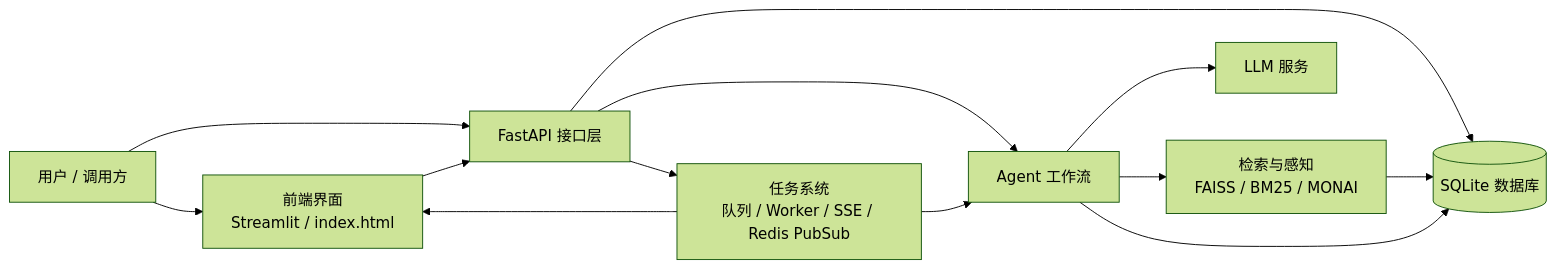
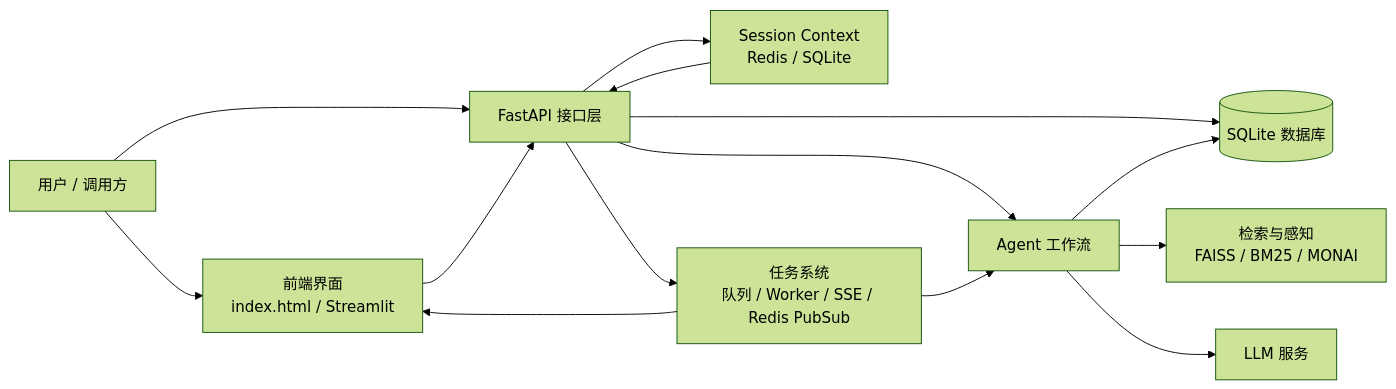
Before and after one commit to jiliguluhua/liver_rag: the first of 8 diagrams in docs/backend_architecture.md, drawn with Mermaid (forest theme). The commit also changed other lines of this file, not shown here.

````diff
--- a/docs/backend_architecture.md
+++ b/docs/backend_architecture.md
@@ -3,24 +3,26 @@
 ```mermaid
 flowchart LR
     User[用户 / 调用方]
-    Frontend[前端界面<br/>Streamlit / index.html]
+    Frontend[前端界面<br/>index.html / Streamlit]
     API[FastAPI 接口层]
+    Session[Session Context<br/>Redis / SQLite]
     TaskSystem[任务系统<br/>队列 / Worker / SSE / Redis PubSub]
     Agent[Agent 工作流]
     Reasoning[检索与感知<br/>FAISS / BM25 / MONAI]
     LLM[LLM 服务]
     DB[(SQLite 数据库)]
 
     User --> Frontend
     User --> API
     Frontend --> API
+    API --> Session
     API --> DB
     API --> TaskSystem
     API --> Agent
     TaskSystem --> Agent
     TaskSystem --> Frontend
+    Session --> API
     Agent --> Reasoning
     Agent --> LLM
-    Reasoning --> DB
     Agent --> DB
 ```
````
